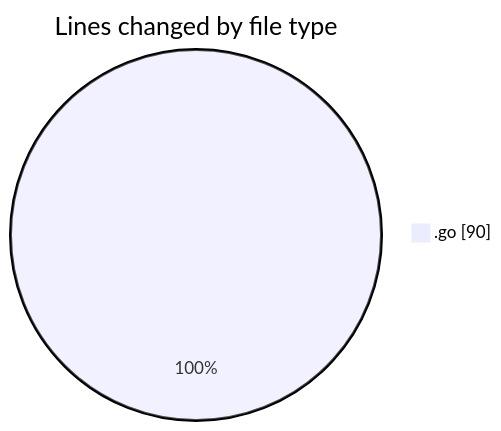
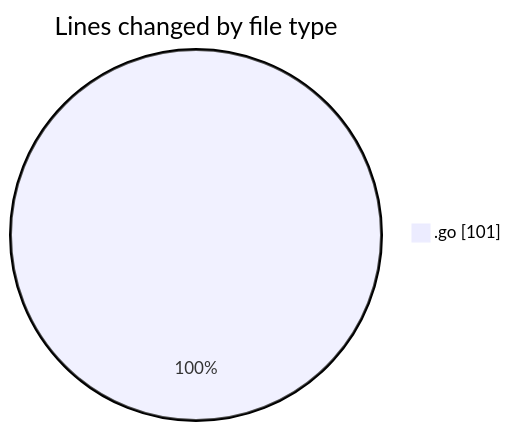
Before and after one commit to robertbonfada/code-tracking: the first of 2 diagrams in 2025-03-01/test-digital-placa/README.md, drawn with Mermaid. The commit also changed other lines of this file and 1 other file, not shown here.

````diff
--- a/2025-03-01/test-digital-placa/README.md
+++ b/2025-03-01/test-digital-placa/README.md
@@ -20,5 +20,5 @@
 ```mermaid
 pie showData
 title Lines changed by file type
-".go" : 90
+".go" : 101
 ```
````
